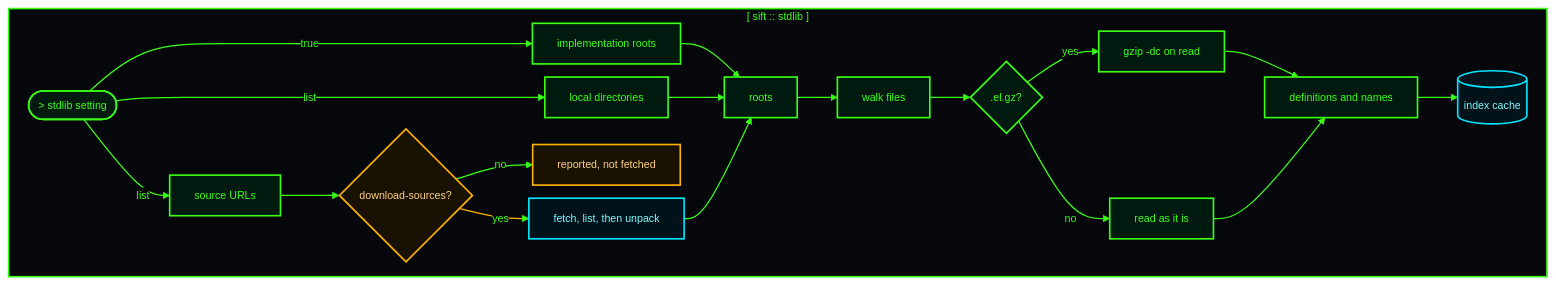
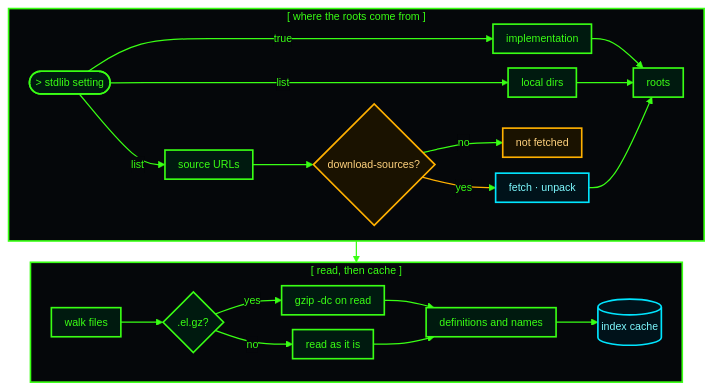
One commit to jjba23/sift changed the third of 5 diagrams in doc/diagrams.md. Above: the diagram before and after it, drawn with Mermaid. The commit also changed other lines of this file and 4 other files, not shown here.

First line of the commit message:
docs(diagrams): lay every diagram out as a row, not a column

````diff
--- a/doc/diagrams.md
+++ b/doc/diagrams.md
@@ -98,48 +96,56 @@
 ```mermaid
-%%{init: {"theme": "base", "themeVariables": {"darkMode": true, "fontFamily": "monospace", "fontSize": "13px", "background": "#05070a", "mainBkg": "#05070a", "primaryColor": "#05070a", "primaryTextColor": "#39ff14", "primaryBorderColor": "#39ff14", "secondaryColor": "#0b0f14", "tertiaryColor": "#0b0f14", "lineColor": "#39ff14", "textColor": "#c9ffd4", "edgeLabelBackground": "#05070a", "clusterBkg": "#0b0f14", "clusterBorder": "#00e5ff"}, "flowchart": {"wrappingWidth": 340, "nodeSpacing": 16, "rankSpacing": 24}}}%%
+%%{init: {"theme": "base", "themeVariables": {"darkMode": true, "fontFamily": "monospace", "fontSize": "13px", "background": "#05070a", "mainBkg": "#05070a", "primaryColor": "#05070a", "primaryTextColor": "#39ff14", "primaryBorderColor": "#39ff14", "secondaryColor": "#0b0f14", "tertiaryColor": "#0b0f14", "lineColor": "#39ff14", "textColor": "#c9ffd4", "edgeLabelBackground": "#05070a", "clusterBkg": "#0b0f14", "clusterBorder": "#00e5ff"}, "flowchart": {"wrappingWidth": 340, "nodeSpacing": 18, "rankSpacing": 26, "padding": 8}}}%%
 flowchart TD
     classDef ttyCore fill:#001a0f,stroke:#39ff14,stroke-width:2px,color:#39ff14
     classDef ttyWarn fill:#1a1200,stroke:#ffb000,stroke-width:2px,color:#ffd27d
     classDef ttyIndex fill:#00121a,stroke:#00e5ff,stroke-width:2px,color:#7df9ff
 
-    subgraph canvas ["[ sift :: stdlib ]"]
+    subgraph roots_of ["[ where the roots come from ]"]
+        direction LR
         A(["> stdlib setting"])
-        C["implementation roots"]
-        D["local directories"]
+        C["implementation"]
+        D["local dirs"]
         E["source URLs"]
+        G{"download-sources?"}
+        H["not fetched"]
+        I["fetch · unpack"]
         F["roots"]
-        G{"download-sources?"}
-        H["reported, not fetched"]
-        I["fetch, list, then unpack"]
-        L["walk files"]
-        M{".el.gz?"}
-        N["gzip -dc on read"]
-        O["read as it is"]
-        P["definitions and names"]
-        Q[("index cache")]
 
         A -->|true| C
         A -->|list| D
         A -->|list| E
         C --> F
         D --> F
         E --> G
         G -->|no| H
         G -->|yes| I
         I --> F
-        F --> L
+    end
+
+    subgraph read_cache ["[ read, then cache ]"]
+        direction LR
+        L["walk files"]
+        M{".el.gz?"}
+        N["gzip -dc on read"]
+        O["read as it is"]
+        P["definitions and names"]
+        Q[("index cache")]
+
         L --> M
         M -->|yes| N
         M -->|no| O
         N --> P
         O --> P
         P --> Q
     end
 
+    roots_of --> read_cache
+
     class A,C,D,E,F,L,M,N,O,P ttyCore
     class G,H ttyWarn
     class I,Q ttyIndex
-    style canvas fill:#05070a,stroke:#39ff14,stroke-width:2px,color:#39ff14
+    style roots_of fill:#05070a,stroke:#39ff14,stroke-width:2px,color:#39ff14
+    style read_cache fill:#05070a,stroke:#39ff14,stroke-width:2px,color:#39ff14
     linkStyle default stroke:#39ff14,stroke-width:1.5px
     linkStyle 7 stroke:#ffb000,stroke-width:1.5px
 ```
````
